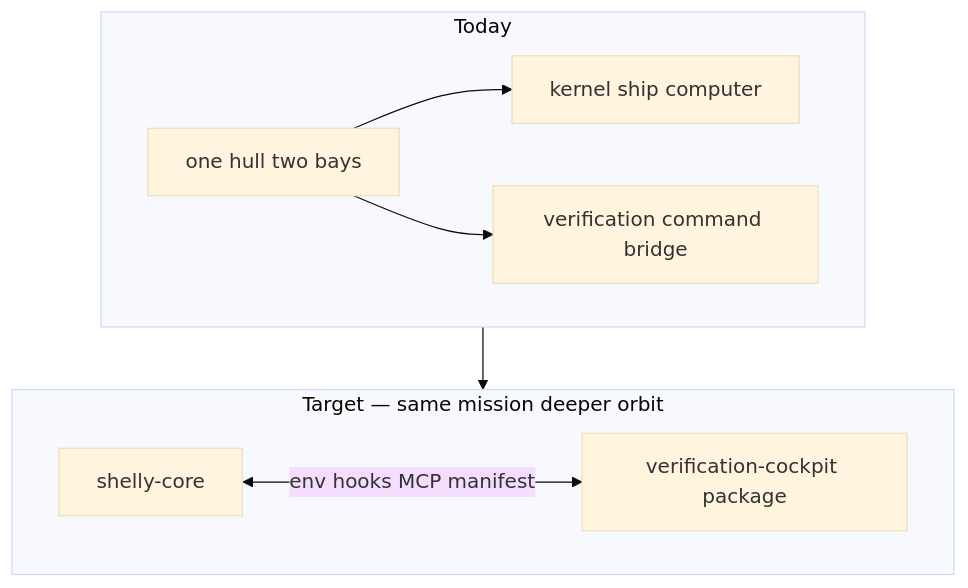
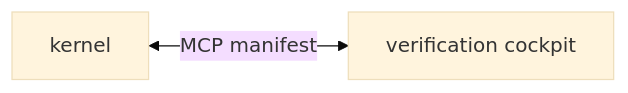
The diagram in arch-design/coming-next.md (p10ns11y/shellyxz.sh), drawn with Mermaid (base theme) before and after one commit. The commit also changed other lines of this file and 12 other files, not shown here.

First line of the commit message:
Split roadmap: architecture.md for current state, planned-features/done for shipped epics.

````diff
--- a/arch-design/coming-next.md
+++ b/arch-design/coming-next.md
@@ -329,14 +36,4 @@
 ```mermaid
-flowchart TB
-  subgraph now["Today"]
-    R[one hull two bays]
-    R --> K[kernel ship computer]
-    R --> C[verification command bridge]
-  end
-  subgraph target["Target — same mission deeper orbit"]
-    K2[shelly-core]
-    C2[verification-cockpit package]
-    K2 <-->|env hooks MCP manifest| C2
-  end
-  now --> target
+flowchart LR
+  K[kernel] <-->|MCP manifest| C[verification cockpit]
 ```
````
